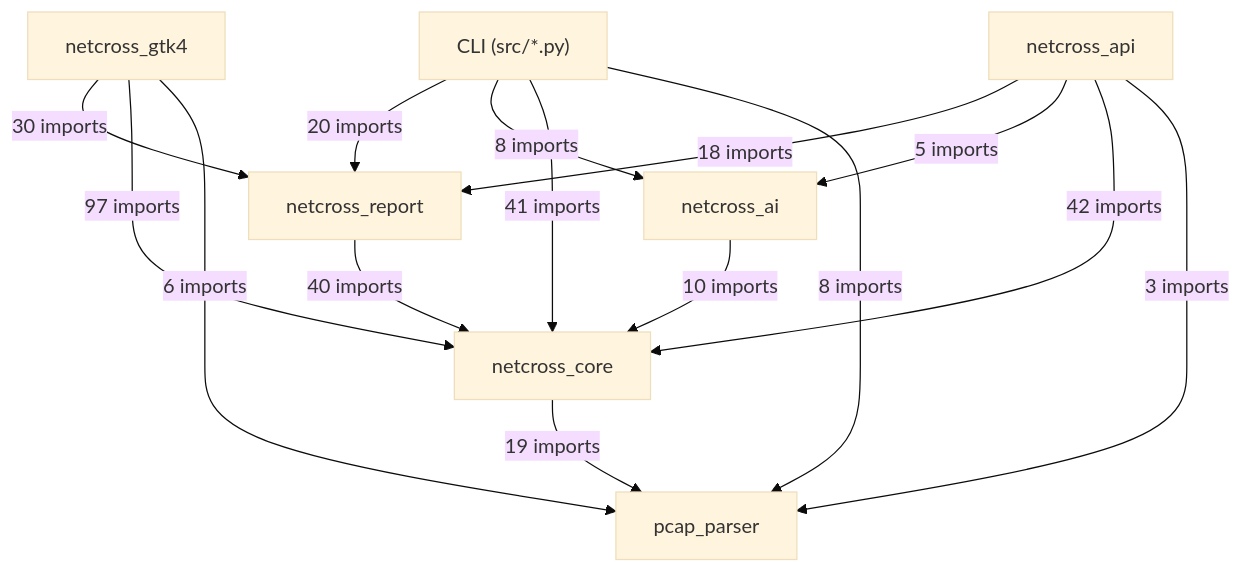
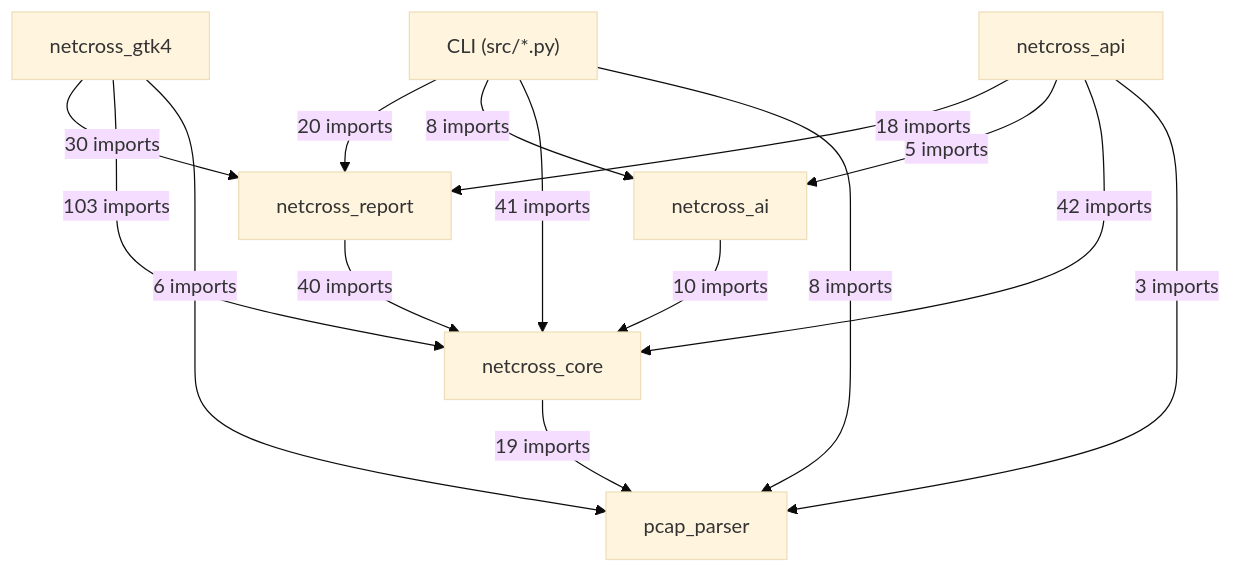
The first of 20 diagrams in docs/class-diagram.md (Mathide-Team/Netcross), drawn with Mermaid (base theme) before and after one commit. The commit also changed other lines of this file, not shown here.

Commit message:
chore: régénère class-diagram/openapi après fusion de dev

````diff
--- a/docs/class-diagram.md
+++ b/docs/class-diagram.md
@@ -26,24 +26,24 @@
 ```mermaid
 flowchart TD
     CLI["CLI (src/*.py)"]
     netcross_gtk4["netcross_gtk4"]
     netcross_api["netcross_api"]
     netcross_report["netcross_report"]
     netcross_ai["netcross_ai"]
     netcross_core["netcross_core"]
     pcap_parser["pcap_parser"]
     CLI -->|"20 imports"| netcross_report
     CLI -->|"8 imports"| netcross_ai
     CLI -->|"41 imports"| netcross_core
     CLI -->|"8 imports"| pcap_parser
     netcross_gtk4 -->|"30 imports"| netcross_report
-    netcross_gtk4 -->|"97 imports"| netcross_core
+    netcross_gtk4 -->|"103 imports"| netcross_core
     netcross_gtk4 -->|"6 imports"| pcap_parser
     netcross_api -->|"18 imports"| netcross_report
     netcross_api -->|"5 imports"| netcross_ai
     netcross_api -->|"42 imports"| netcross_core
     netcross_api -->|"3 imports"| pcap_parser
     netcross_report -->|"40 imports"| netcross_core
     netcross_ai -->|"10 imports"| netcross_core
     netcross_core -->|"19 imports"| pcap_parser
 ```
````
